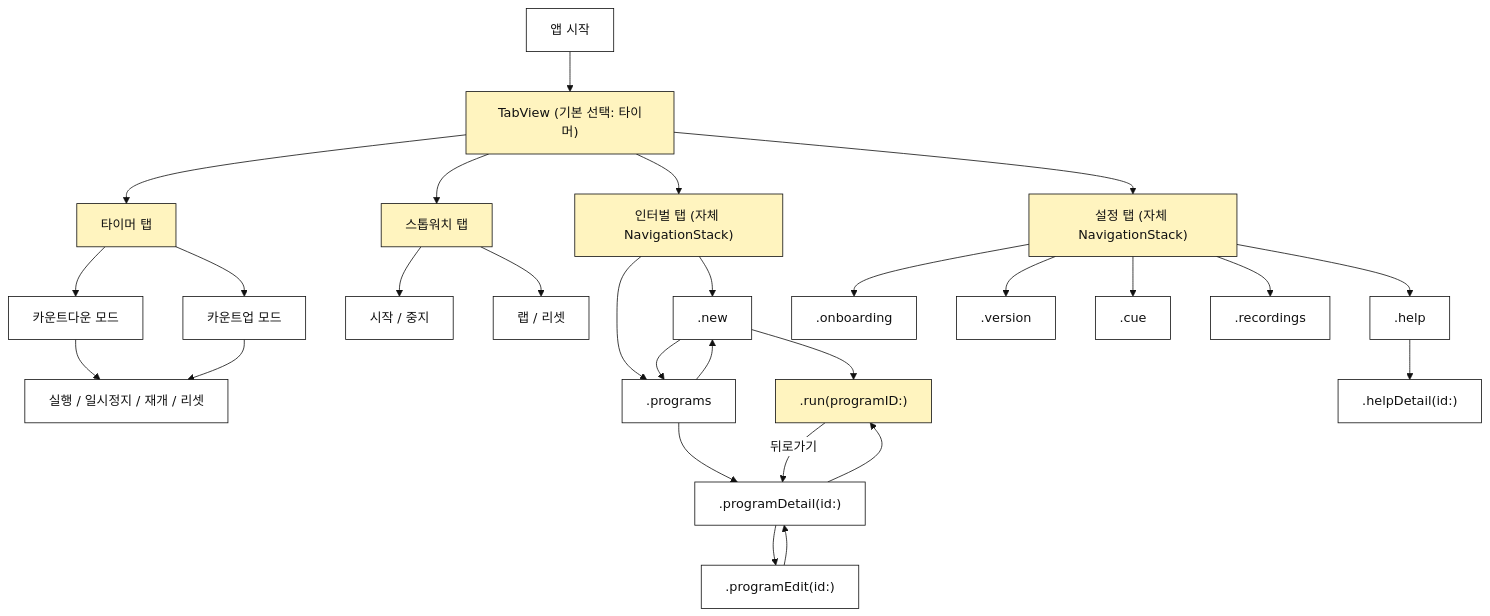
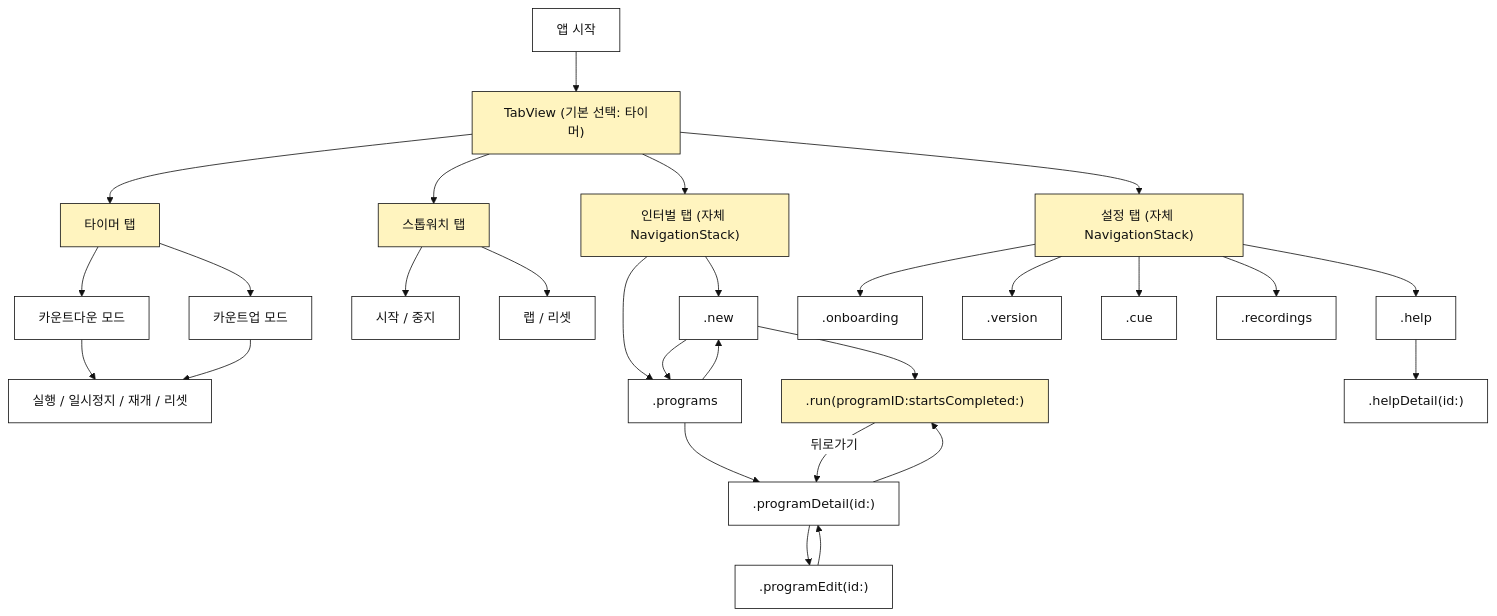
The diagram in docs/navigation-structure.md (KalGookSoo/tempo), drawn with Mermaid before and after one commit. The commit also changed other lines of this file and 4 other files, not shown here.

````diff
--- a/docs/navigation-structure.md
+++ b/docs/navigation-structure.md
@@ -50,41 +50,41 @@
 ```mermaid
 %%{init: {"theme": "base", "themeVariables": {"background": "transparent", "primaryColor": "#FFFFFF", "primaryTextColor": "#111111", "primaryBorderColor": "#111111", "lineColor": "#111111", "tertiaryColor": "#F7F7F2"}}}%%
 flowchart TD
     A["앱 시작"] --> TB["TabView (기본 선택: 타이머)"]
     TB --> T["타이머 탭"]
     TB --> S["스톱워치 탭"]
     TB --> I["인터벌 탭 (자체 NavigationStack)"]
     TB --> G["설정 탭 (자체 NavigationStack)"]
 
     T --> T1["카운트다운 모드"]
     T --> T2["카운트업 모드"]
     T1 --> T3["실행 / 일시정지 / 재개 / 리셋"]
     T2 --> T3
 
     S --> S1["시작 / 중지"]
     S --> S2["랩 / 리셋"]
 
     I --> N[".new"]
     I --> P[".programs"]
 
-    N --> R[".run(programID:)"]
+    N --> R[".run(programID:startsCompleted:)"]
     N --> P
     P --> P2[".programDetail(id:)"]
     P --> N
     P2 --> R
     P2 --> E[".programEdit(id:)"]
     E --> P2
     R -->|뒤로가기| P2
 
     G --> GH[".help"]
     GH --> GH1[".helpDetail(id:)"]
     G --> GO[".onboarding"]
     G --> GV[".version"]
     G --> GC[".cue"]
     G --> GR[".recordings"]
 
     classDef primary fill:#FFF4BF,stroke:#111111,color:#111111;
     classDef screen fill:#FFFFFF,stroke:#111111,color:#111111;
     class TB,T,S,I,G,R primary;
     class T1,T2,T3,S1,S2,N,P,P2,E,GH,GH1,GO,GV,GC,GR screen;
 ```
````
